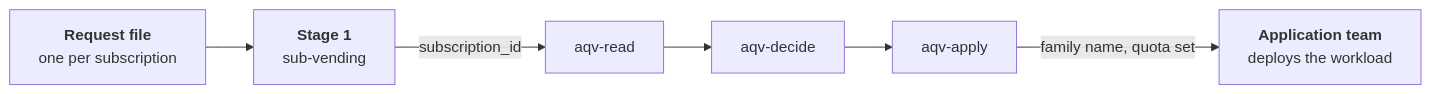
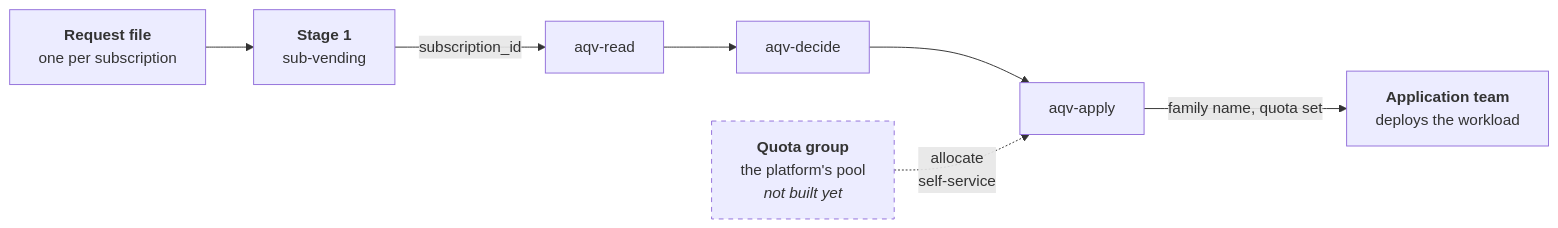
Before and after one commit to chrislittle/azure-placement-engine: the diagram in README.md, drawn with Mermaid. The commit also changed other lines of this file and 3 other files, not shown here.

First line of the commit message:
Put the quota group in the diagrams, marked as pending

````diff
--- a/README.md
+++ b/README.md
@@ -78,11 +78,16 @@
 ```mermaid
 flowchart LR
+    QG["<b>Quota group</b><br/>the platform's pool<br/><i>not built yet</i>"]
     R["<b>Request file</b><br/>one per subscription"]
     S1["<b>Stage 1</b><br/>sub-vending"]
     RD["aqv-read"]
     DC["aqv-decide"]
     AP["aqv-apply"]
     APP["<b>Application team</b><br/>deploys the workload"]
 
     R --> S1 -->|subscription_id| RD --> DC --> AP -->|"family name, quota set"| APP
+    QG -.->|"allocate<br/>self-service"| AP
+
+    classDef pending stroke-dasharray: 5 5
+    class QG pending
 ```
````
